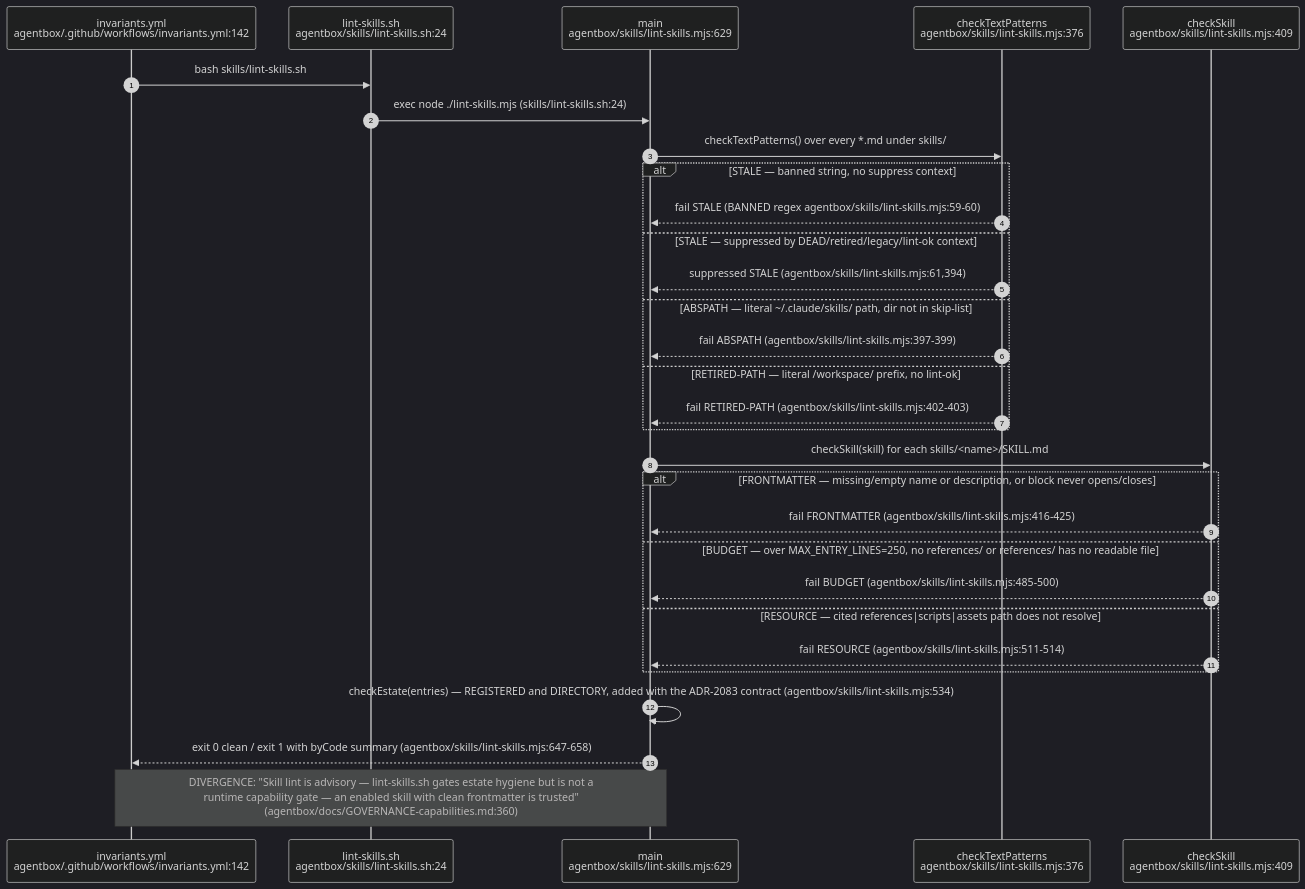
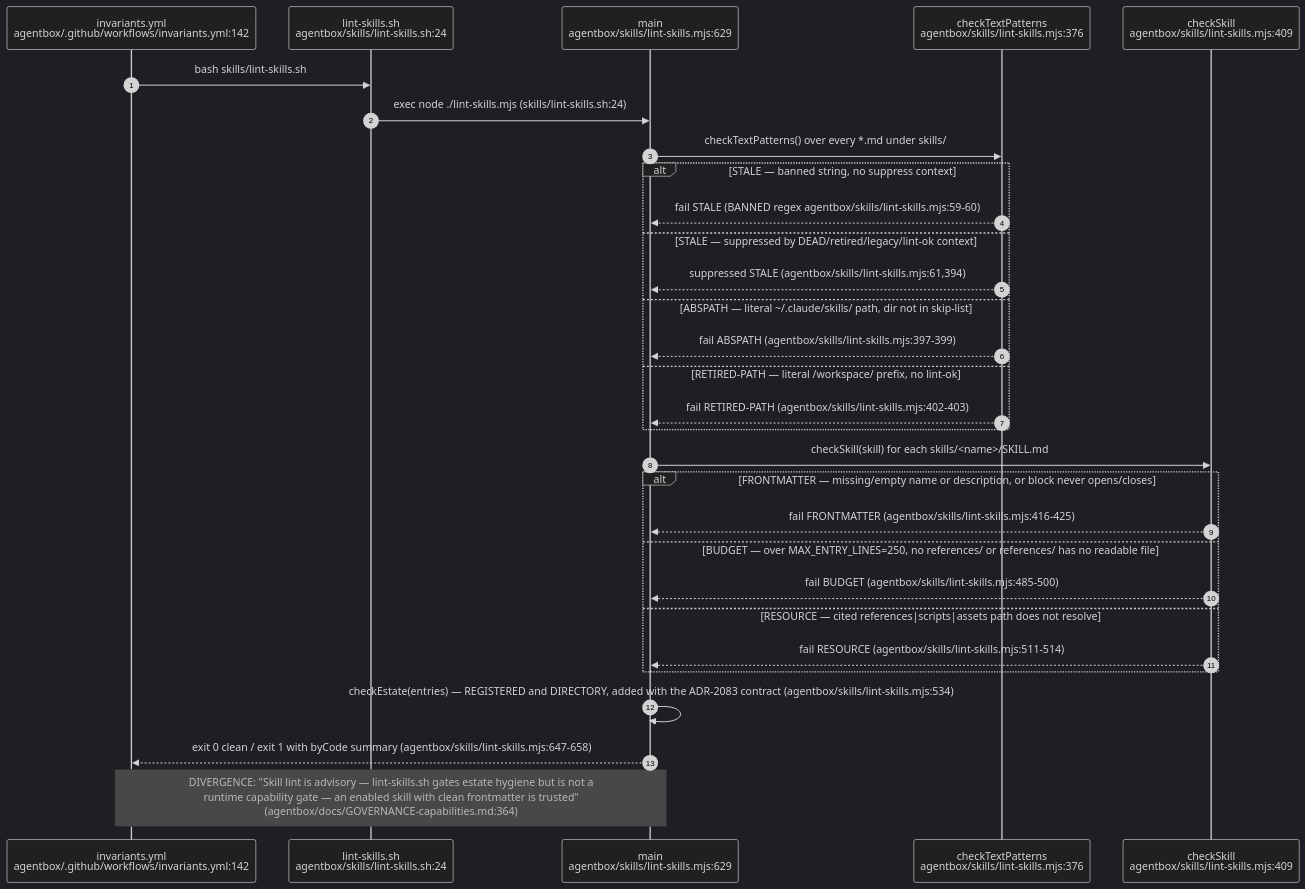
The third of 12 diagrams in docs/diagrams/agentbox/22-skills-and-routing.md (DreamLab-AI/VisionFlow), drawn with Mermaid (dark theme) before and after one commit. The commit also changed other lines of this file and 142 other files, not shown here.

First line of the commit message:
docs(diagrams): one System One route; re-verify 140 topics at today's heads

````diff
--- a/docs/diagrams/agentbox/22-skills-and-routing.md
+++ b/docs/diagrams/agentbox/22-skills-and-routing.md
@@ -155,33 +156,33 @@
 ```mermaid
 sequenceDiagram
     autonumber
     participant CI as invariants.yml<br/>agentbox/.github/workflows/invariants.yml:142
     participant SH as lint-skills.sh<br/>agentbox/skills/lint-skills.sh:24
     participant MJS as main<br/>agentbox/skills/lint-skills.mjs:629
     participant TXT as checkTextPatterns<br/>agentbox/skills/lint-skills.mjs:376
     participant SKC as checkSkill<br/>agentbox/skills/lint-skills.mjs:409
 
     CI->>SH: bash skills/lint-skills.sh
     SH->>MJS: exec node ./lint-skills.mjs (skills/lint-skills.sh:24)
     MJS->>TXT: checkTextPatterns() over every *.md under skills/
     alt STALE — banned string, no suppress context
         TXT-->>MJS: fail STALE (BANNED regex agentbox/skills/lint-skills.mjs:59-60)
     else STALE — suppressed by DEAD/retired/legacy/lint-ok context
         TXT-->>MJS: suppressed STALE (agentbox/skills/lint-skills.mjs:61,394)
     else ABSPATH — literal ~/.claude/skills/ path, dir not in skip-list
         TXT-->>MJS: fail ABSPATH (agentbox/skills/lint-skills.mjs:397-399)
     else RETIRED-PATH — literal /workspace/ prefix, no lint-ok
         TXT-->>MJS: fail RETIRED-PATH (agentbox/skills/lint-skills.mjs:402-403)
     end
     MJS->>SKC: checkSkill(skill) for each skills/<name>/SKILL.md
     alt FRONTMATTER — missing/empty name or description, or block never opens/closes
         SKC-->>MJS: fail FRONTMATTER (agentbox/skills/lint-skills.mjs:416-425)
     else BUDGET — over MAX_ENTRY_LINES=250, no references/ or references/ has no readable file
         SKC-->>MJS: fail BUDGET (agentbox/skills/lint-skills.mjs:485-500)
     else RESOURCE — cited references|scripts|assets path does not resolve
         SKC-->>MJS: fail RESOURCE (agentbox/skills/lint-skills.mjs:511-514)
     end
     MJS->>MJS: checkEstate(entries) — REGISTERED and DIRECTORY, added with the ADR-2083 contract (agentbox/skills/lint-skills.mjs:534)
     MJS-->>CI: exit 0 clean / exit 1 with byCode summary (agentbox/skills/lint-skills.mjs:647-658)
-    Note over MJS,CI: DIVERGENCE: "Skill lint is advisory — lint-skills.sh gates estate hygiene but is not a<br/>runtime capability gate — an enabled skill with clean frontmatter is trusted"<br/>(agentbox/docs/GOVERNANCE-capabilities.md:360)
+    Note over MJS,CI: DIVERGENCE: "Skill lint is advisory — lint-skills.sh gates estate hygiene but is not a<br/>runtime capability gate — an enabled skill with clean frontmatter is trusted"<br/>(agentbox/docs/GOVERNANCE-capabilities.md:364)
 ```
````
